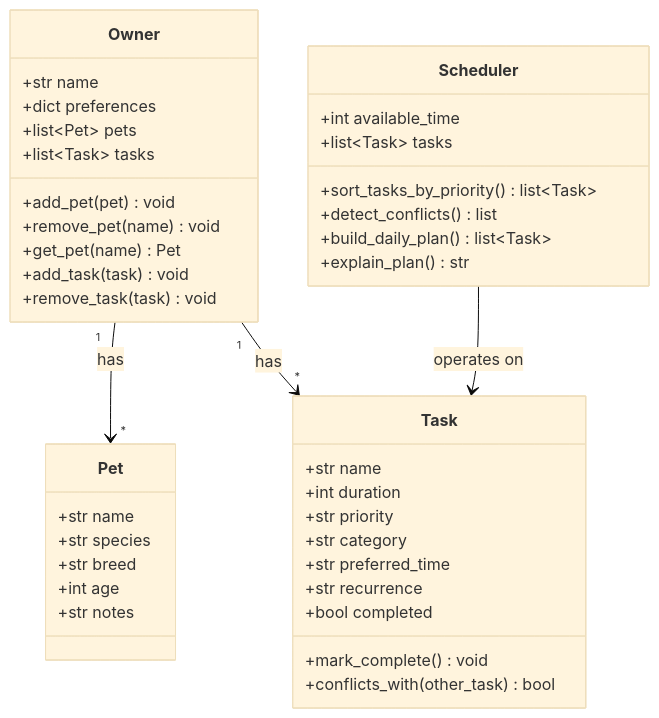
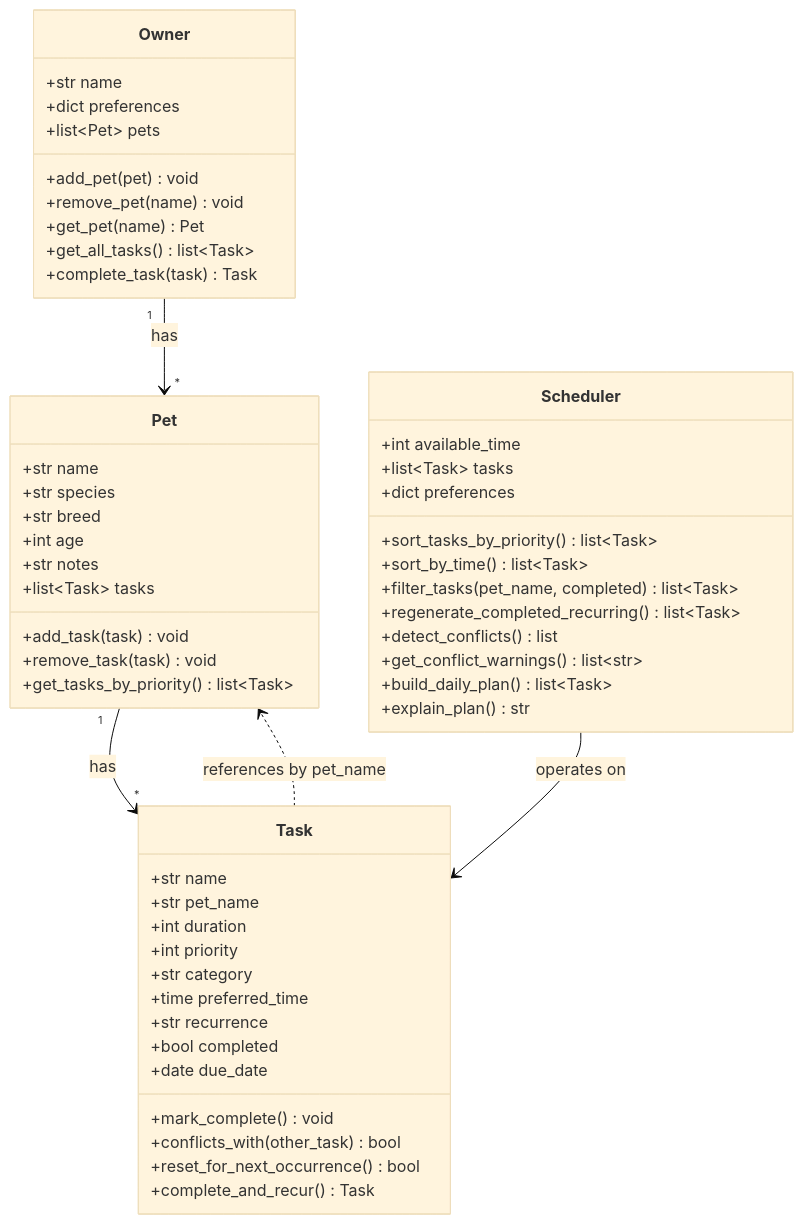
Before and after one commit to liya-tesfaye/ai110-module2show-pawpal-starter: the diagram in diagrams/uml.mmd, drawn with Mermaid (base theme). The commit also changed 3 other files, not shown here.

```diff
--- a/diagrams/uml.mmd
+++ b/diagrams/uml.mmd
@@ -1,45 +1,58 @@
 classDiagram
     class Owner {
         +str name
         +dict preferences
         +list~Pet~ pets
-        +list~Task~ tasks
         +add_pet(pet) void
         +remove_pet(name) void
         +get_pet(name) Pet
-        +add_task(task) void
-        +remove_task(task) void
+        +get_all_tasks() list~Task~
+        +complete_task(task) Task
     }
 
     class Pet {
         +str name
         +str species
         +str breed
         +int age
         +str notes
+        +list~Task~ tasks
+        +add_task(task) void
+        +remove_task(task) void
+        +get_tasks_by_priority() list~Task~
     }
 
     class Task {
         +str name
+        +str pet_name
         +int duration
-        +str priority
+        +int priority
         +str category
-        +str preferred_time
+        +time preferred_time
         +str recurrence
         +bool completed
+        +date due_date
         +mark_complete() void
         +conflicts_with(other_task) bool
+        +reset_for_next_occurrence() bool
+        +complete_and_recur() Task
     }
 
     class Scheduler {
         +int available_time
         +list~Task~ tasks
+        +dict preferences
         +sort_tasks_by_priority() list~Task~
+        +sort_by_time() list~Task~
+        +filter_tasks(pet_name, completed) list~Task~
+        +regenerate_completed_recurring() list~Task~
         +detect_conflicts() list
+        +get_conflict_warnings() list~str~
         +build_daily_plan() list~Task~
         +explain_plan() str
     }
 
     Owner "1" --> "*" Pet : has
-    Owner "1" --> "*" Task : has
+    Pet "1" --> "*" Task : has
+    Task ..> Pet : references by pet_name
     Scheduler --> Task : operates on
```
